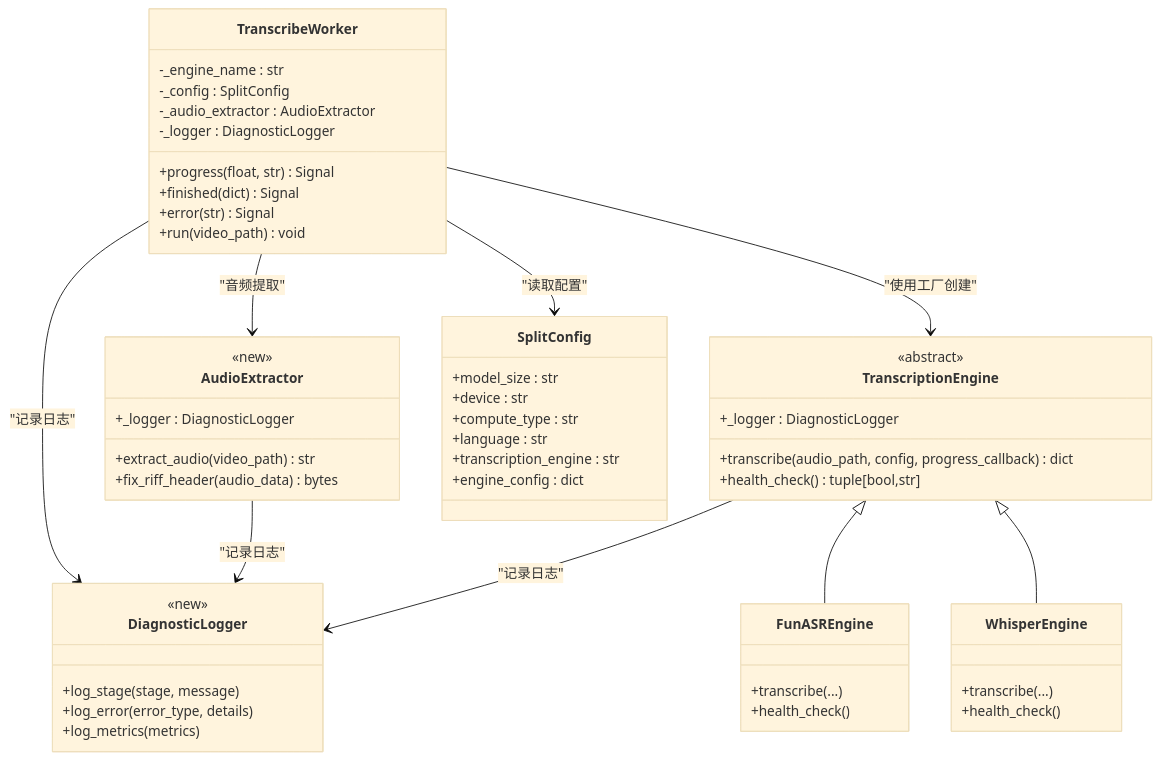
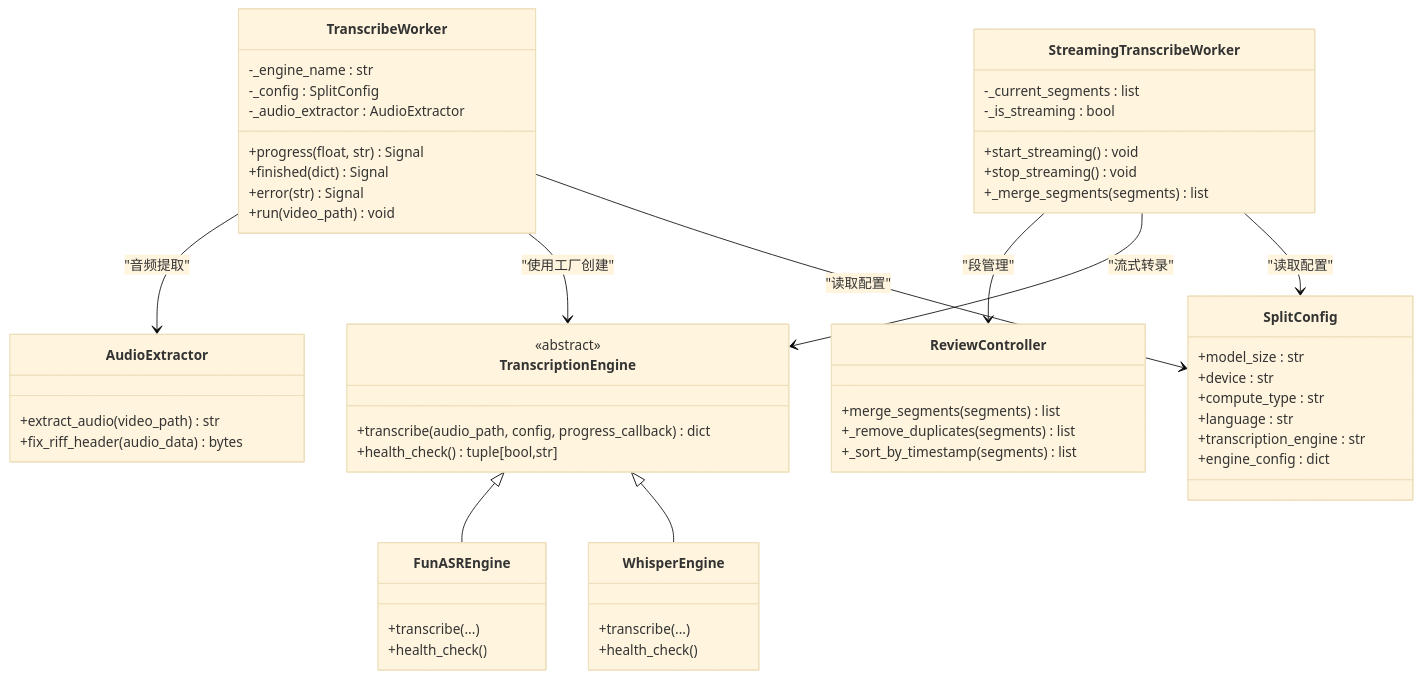
One commit to boyingliu01/VideoSplitter changed the third of 6 diagrams in .qoder/repowiki/zh/content/用户界面/转录工作线程.md. Above: the diagram before and after it, drawn with Mermaid (base theme). The commit also changed other lines of this file and 147 other files, not shown here.

````diff
--- a/.qoder/repowiki/zh/content/用户界面/转录工作线程.md
+++ b/.qoder/repowiki/zh/content/用户界面/转录工作线程.md
@@ -170,55 +188,57 @@
 ```mermaid
 classDiagram
 class TranscribeWorker {
 +progress(float, str) Signal
 +finished(dict) Signal
 +error(str) Signal
 +run(video_path) void
 -_engine_name : str
 -_config : SplitConfig
 -_audio_extractor : AudioExtractor
--_logger : DiagnosticLogger
+}
+class StreamingTranscribeWorker {
++start_streaming() void
++stop_streaming() void
++_merge_segments(segments) list
+-_current_segments : list
+-_is_streaming : bool
+}
+class ReviewController {
++merge_segments(segments) list
++_remove_duplicates(segments) list
++_sort_by_timestamp(segments) list
 }
 class AudioExtractor {
-<<new>>
 +extract_audio(video_path) str
 +fix_riff_header(audio_data) bytes
-+_logger : DiagnosticLogger
 }
 class TranscriptionEngine {
 <<abstract>>
 +transcribe(audio_path, config, progress_callback) dict
 +health_check() tuple[bool,str]
-+_logger : DiagnosticLogger
 }
 class FunASREngine {
 +transcribe(...)
 +health_check()
 }
 class WhisperEngine {
 +transcribe(...)
 +health_check()
 }
 class SplitConfig {
 +model_size : str
 +device : str
 +compute_type : str
 +language : str
 +transcription_engine : str
 +engine_config : dict
 }
-class DiagnosticLogger {
-<<new>>
-+log_stage(stage, message)
-+log_error(error_type, details)
-+log_metrics(metrics)
-}
 TranscribeWorker --> AudioExtractor : "音频提取"
 TranscribeWorker --> TranscriptionEngine : "使用工厂创建"
-TranscribeWorker --> DiagnosticLogger : "记录日志"
-AudioExtractor --> DiagnosticLogger : "记录日志"
+StreamingTranscribeWorker --> ReviewController : "段管理"
+StreamingTranscribeWorker --> TranscriptionEngine : "流式转录"
 TranscriptionEngine <|-- FunASREngine
 TranscriptionEngine <|-- WhisperEngine
-TranscriptionEngine --> DiagnosticLogger : "记录日志"
 TranscribeWorker --> SplitConfig : "读取配置"
+StreamingTranscribeWorker --> SplitConfig : "读取配置"
 ```
````
